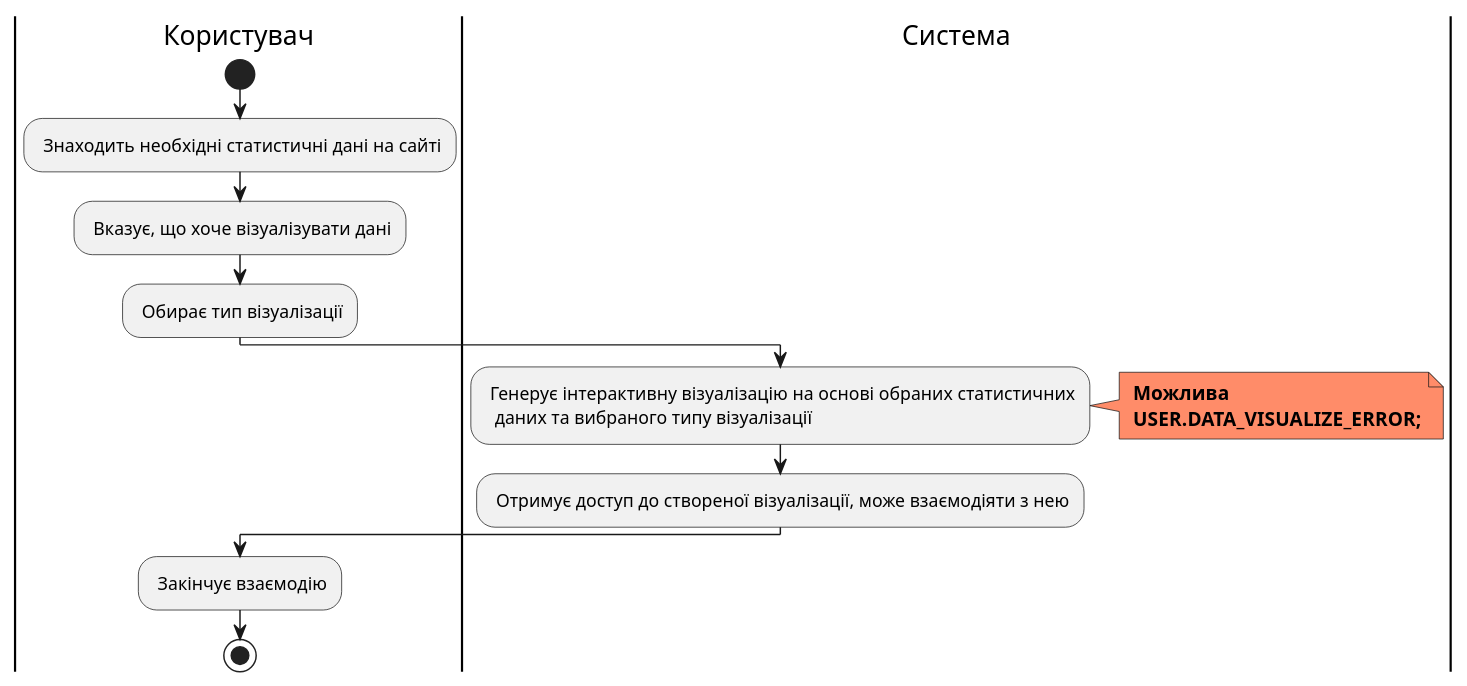
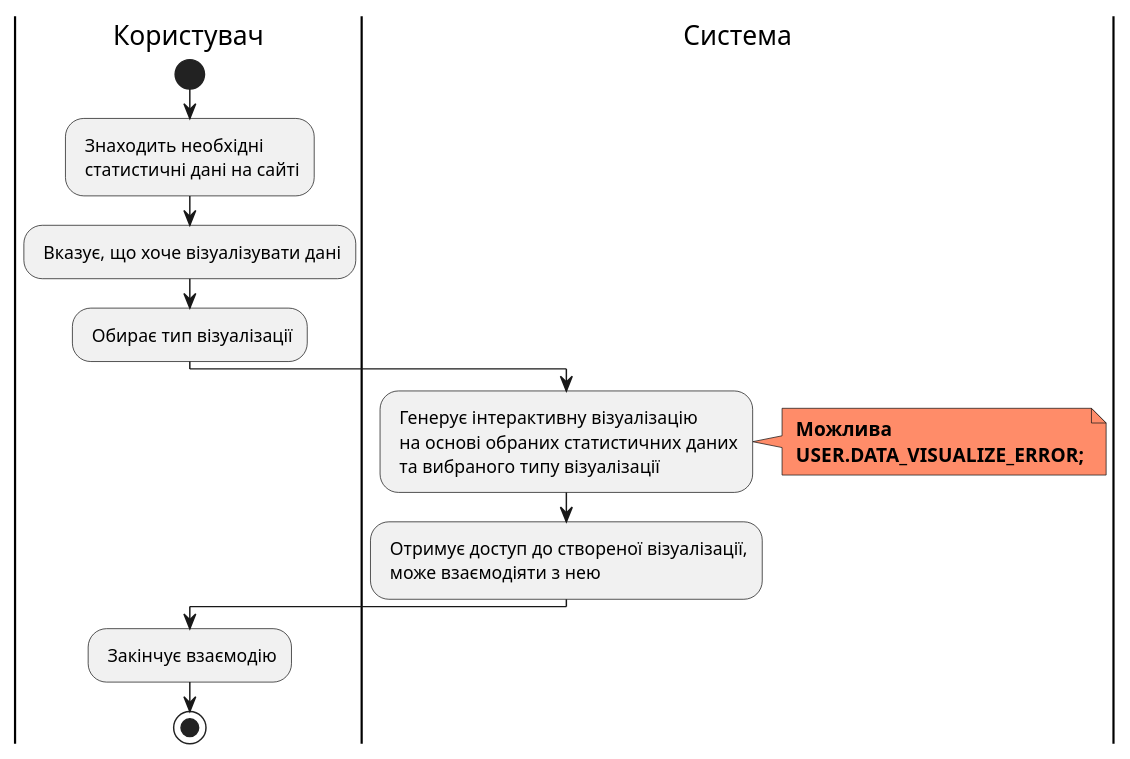
The ninth of 19 diagrams in docs/use cases/README.md (edu-db/edu_db_labs), drawn with PlantUML before and after one commit. The commit also changed other lines of this file, not shown here.

```diff
--- a/docs/use cases/README.md
+++ b/docs/use cases/README.md
@@ -536,24 +535,24 @@
 @startuml
 
 |Користувач|
 start;
-: Знаходить необхідні статистичні дані на сайті;
+: Знаходить необхідні\n статистичні дані на сайті;
 : Вказує, що хоче візуалізувати дані;
 : Обирає тип візуалізації;  
 
 |Система|
-: Генерує інтерактивну візуалізацію на основі обраних статистичних
-  даних та вибраного типу візуалізації;
+: Генерує інтерактивну візуалізацію\n на основі обраних статистичних даних\n та вибраного типу візуалізації;
   
   note right #ff8c69
 <b> Можлива
 <b> USER.DATA_VISUALIZE_ERROR;
 end note
 
-: Отримує доступ до створеної візуалізації, може взаємодіяти з нею;
+: Отримує доступ до створеної візуалізації,\n може взаємодіяти з нею;
 
 |Користувач|
  : Закінчує взаємодію;
   stop;
 
+
 @enduml
```
